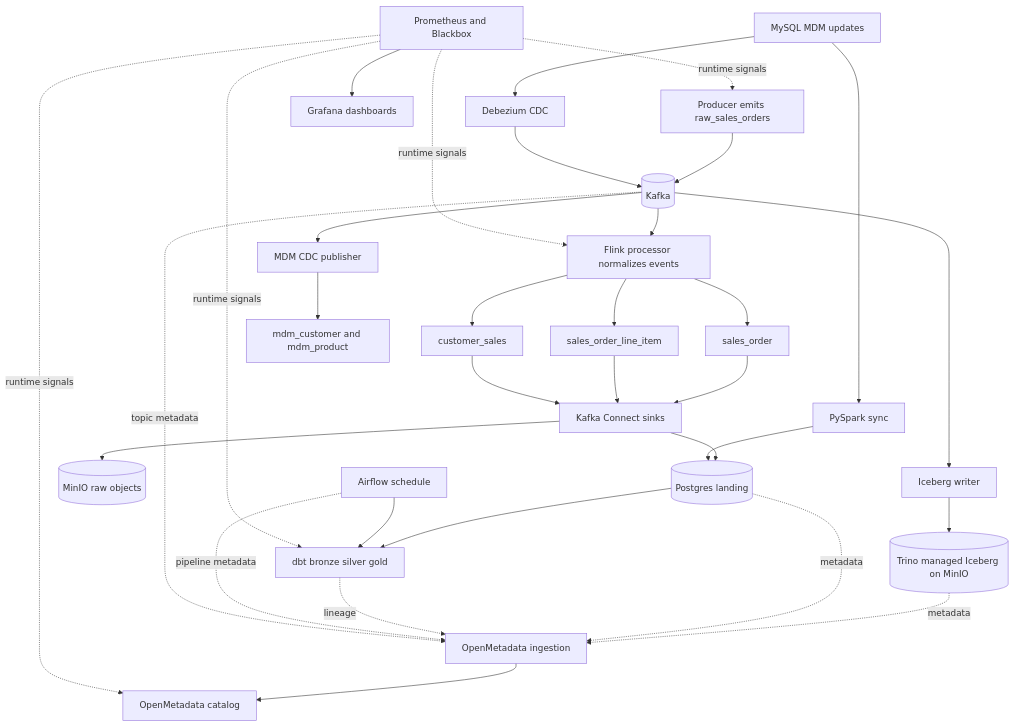
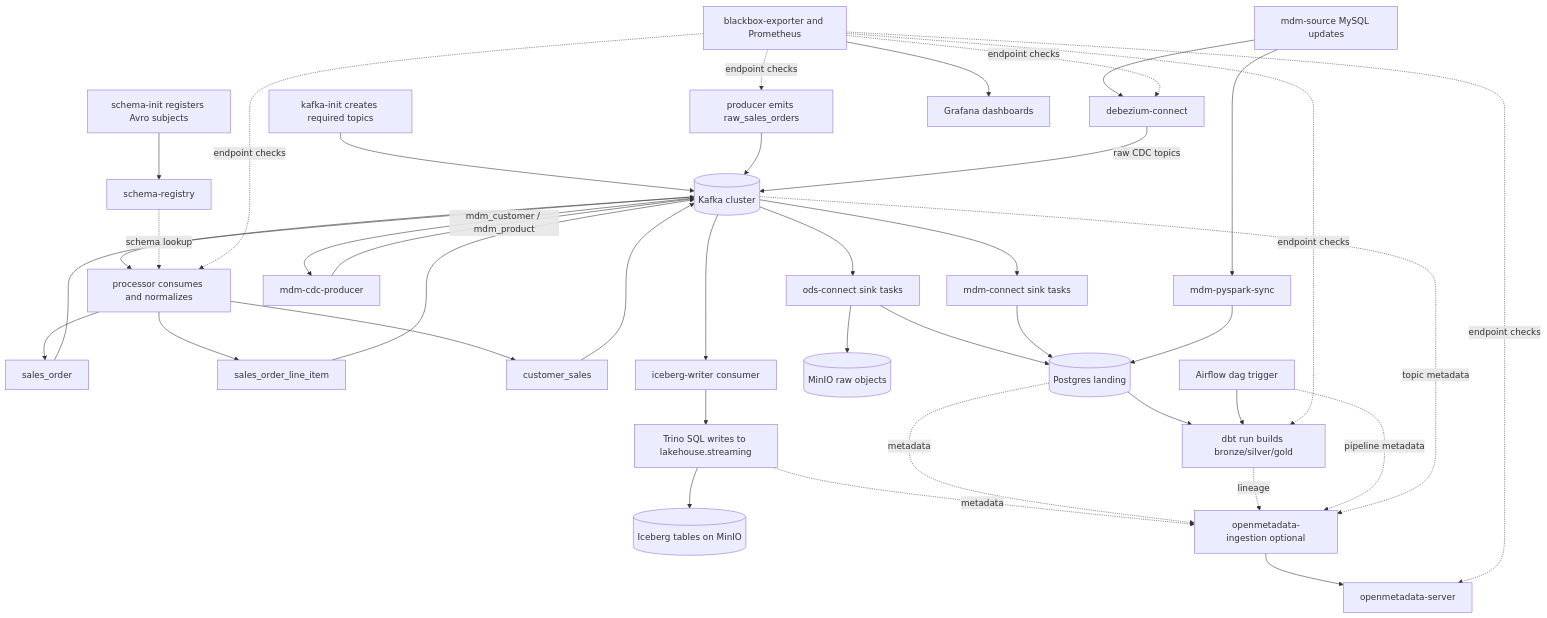
Before and after one commit to paulchen8206/Full-Stack-Modern-Data-Architecture-and-Engineering: the second of 6 diagrams in docs/architecture.md, drawn with Mermaid. The commit also changed other lines of this file, not shown here.

````diff
--- a/docs/architecture.md
+++ b/docs/architecture.md
@@ -342,34 +363,49 @@
 ```mermaid
 flowchart TD
-  A[Producer emits raw_sales_orders] --> B[(Kafka)]
-  B --> C[Flink processor normalizes events]
-  C --> D[sales_order]
-  C --> E[sales_order_line_item]
-  C --> F[customer_sales]
-  D --> G[Kafka Connect sinks]
-  E --> G
-  F --> G
-  G --> H[(Postgres landing)]
-  G --> I[(MinIO raw objects)]
-  B --> J[Iceberg writer]
-  J --> K[(Trino managed Iceberg on MinIO)]
-  L[MySQL MDM updates] --> M[Debezium CDC]
-  M --> B
-  B --> N[MDM CDC publisher]
-  N --> O[mdm_customer and mdm_product]
-  L --> P[PySpark sync]
-  P --> H
-  H --> Q[dbt bronze silver gold]
-  R[Airflow schedule] --> Q
-  S[OpenMetadata ingestion] --> T[OpenMetadata catalog]
-  K -.metadata.-> S
-  H -.metadata.-> S
-  Q -.lineage.-> S
-  R -.pipeline metadata.-> S
-  B -.topic metadata.-> S
-  U[Prometheus and Blackbox] --> V[Grafana dashboards]
-  U -.runtime signals.-> A
-  U -.runtime signals.-> C
-  U -.runtime signals.-> Q
-  U -.runtime signals.-> T
+  A0[kafka-init creates required topics] --> K[(Kafka cluster)]
+  A1[schema-init registers Avro subjects] --> SR[schema-registry]
+
+  A[producer emits raw_sales_orders] --> K
+  K --> B[processor consumes and normalizes]
+  SR -.schema lookup.-> B
+  B --> C[sales_order]
+  B --> D[sales_order_line_item]
+  B --> E[customer_sales]
+  C --> K
+  D --> K
+  E --> K
+
+  K --> F[ods-connect sink tasks]
+  F --> G[(Postgres landing)]
+  F --> H[(MinIO raw objects)]
+
+  K --> I[iceberg-writer consumer]
+  I --> J[Trino SQL writes to lakehouse.streaming]
+  J --> L[(Iceberg tables on MinIO)]
+
+  M[mdm-source MySQL updates] --> N[debezium-connect]
+  N -->|raw CDC topics| K
+  K --> O[mdm-cdc-producer]
+  O -->|mdm_customer / mdm_product| K
+  K --> P[mdm-connect sink tasks]
+  P --> G
+  M --> Q[mdm-pyspark-sync]
+  Q --> G
+
+  G --> R[dbt run builds bronze/silver/gold]
+  S[Airflow dag trigger] --> R
+
+  T[openmetadata-ingestion optional] --> U[openmetadata-server]
+  J -.metadata.-> T
+  G -.metadata.-> T
+  R -.lineage.-> T
+  S -.pipeline metadata.-> T
+  K -.topic metadata.-> T
+
+  V[blackbox-exporter and Prometheus] --> W[Grafana dashboards]
+  V -.endpoint checks.-> A
+  V -.endpoint checks.-> B
+  V -.endpoint checks.-> N
+  V -.endpoint checks.-> R
+  V -.endpoint checks.-> U
 ```
````
